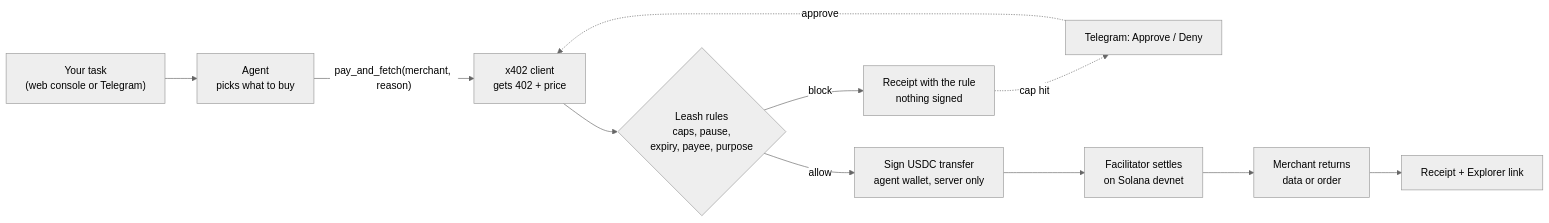
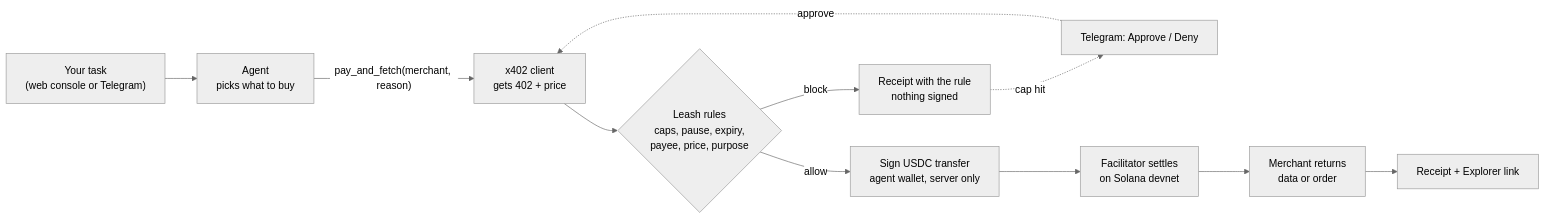
The diagram in README.md (roytan355/agent-expense-account), drawn with Mermaid (neutral theme) before and after one commit. The commit also changed other lines of this file, not shown here.

First line of the commit message:
README: document the price check and auto-approval

````diff
--- a/README.md
+++ b/README.md
@@ -42,13 +43,13 @@
 ```mermaid
 flowchart LR
     T["Your task<br/>(web console or Telegram)"] --> A["Agent<br/>picks what to buy"]
     A -->|"pay_and_fetch(merchant, reason)"| C["x402 client<br/>gets 402 + price"]
-    C --> P{"Leash rules<br/>caps, pause,<br/>expiry, payee, purpose"}
+    C --> P{"Leash rules<br/>caps, pause, expiry,<br/>payee, price, purpose"}
     P -->|block| R1["Receipt with the rule<br/>nothing signed"]
     R1 -.->|cap hit| TG["Telegram: Approve / Deny"]
     TG -.->|approve| C
     P -->|allow| S["Sign USDC transfer<br/>agent wallet, server only"]
     S --> F["Facilitator settles<br/>on Solana devnet"]
     F --> M["Merchant returns<br/>data or order"]
     M --> R2["Receipt + Explorer link"]
 ```
````
